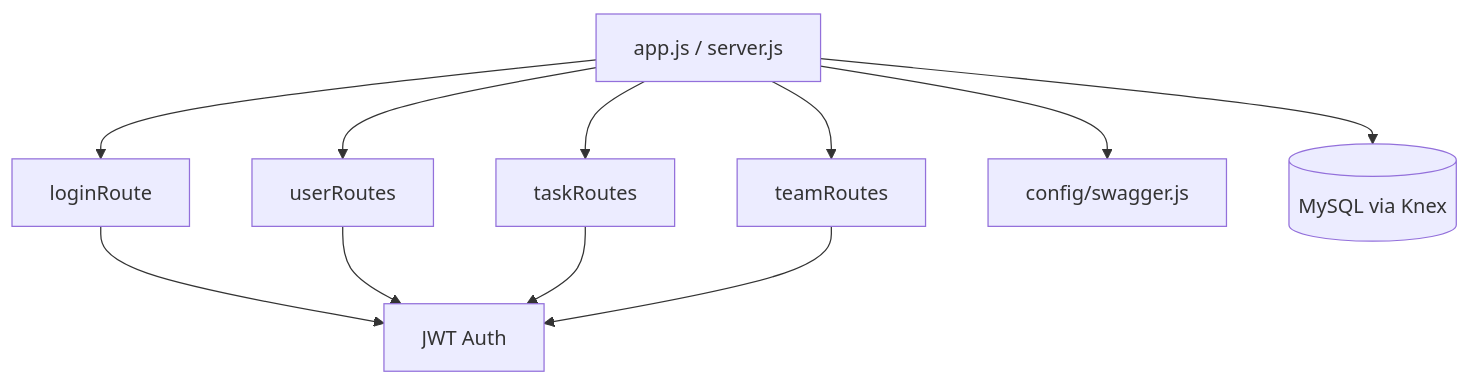
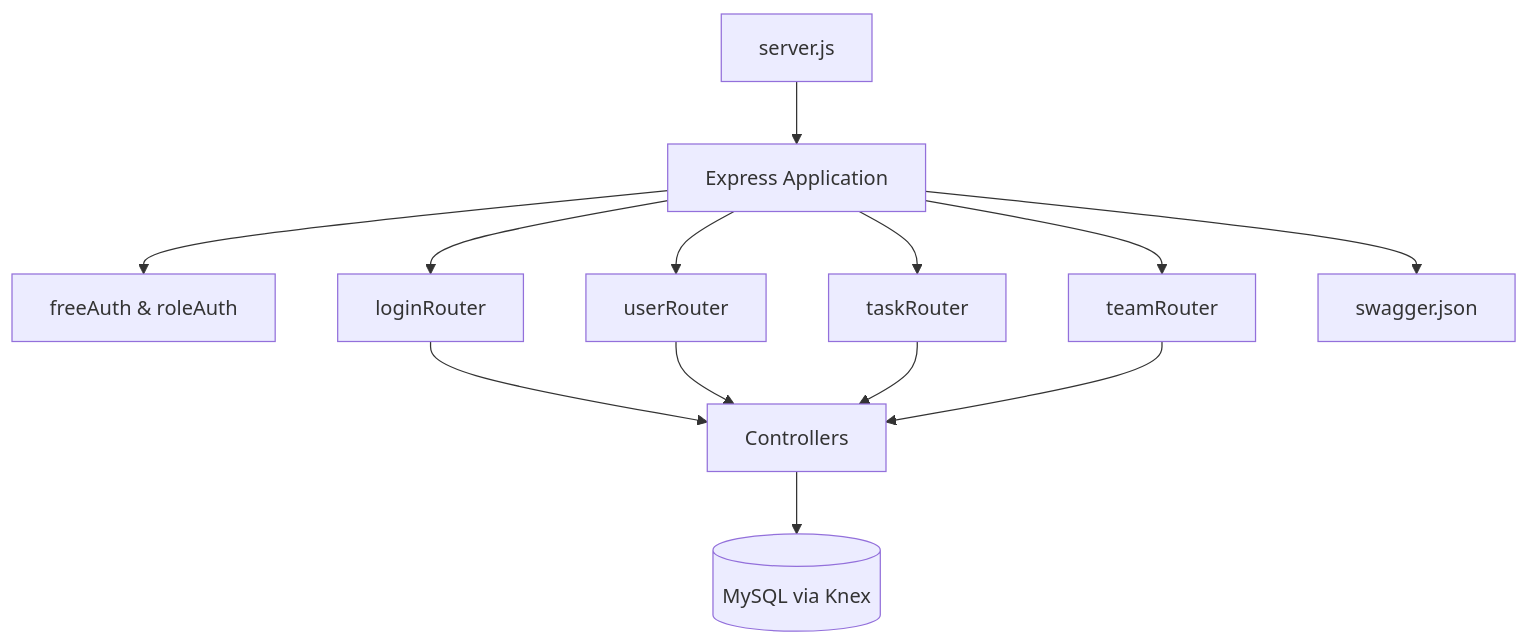
One commit to tioneOliveira/taskColaborationProject changed the second of 5 diagrams in README.md. Above: the diagram before and after it, drawn with Mermaid. The commit also changed other lines of this file and 1 other file, not shown here.

First line of the commit message:
Swagger  + readme

````diff
--- a/README.md
+++ b/README.md
@@ -115,23 +139,27 @@
 ```mermaid
 %%{init: {'theme': 'default'}}%%
 graph TD
-  App["app.js / server.js"]
-  Login[loginRoute]
-  User[userRoutes]
-  Task[taskRoutes]
-  Team[teamRoutes]
-  Swagger[config/swagger.js]
-  Auth[JWT Auth]
+  Server["server.js"]
+  ExpressApp[Express Application]
+  Middleware[freeAuth & roleAuth]
+  Login[loginRouter]
+  User[userRouter]
+  Task[taskRouter]
+  Team[teamRouter]
+  Swagger[swagger.json]
+  Controller[Controllers]
   DB[(MySQL via Knex)]
 
-  App --> Login
-  App --> User
-  App --> Task
-  App --> Team
-  App --> Swagger
-  Login --> Auth
-  User --> Auth
-  Task --> Auth
-  Team --> Auth
-  App --> DB
+  Server --> ExpressApp
+  ExpressApp --> Middleware
+  ExpressApp --> Login
+  ExpressApp --> User
+  ExpressApp --> Task
+  ExpressApp --> Team
+  ExpressApp --> Swagger
+  Login --> Controller
+  User --> Controller
+  Task --> Controller
+  Team --> Controller
+  Controller --> DB
 ```
````
